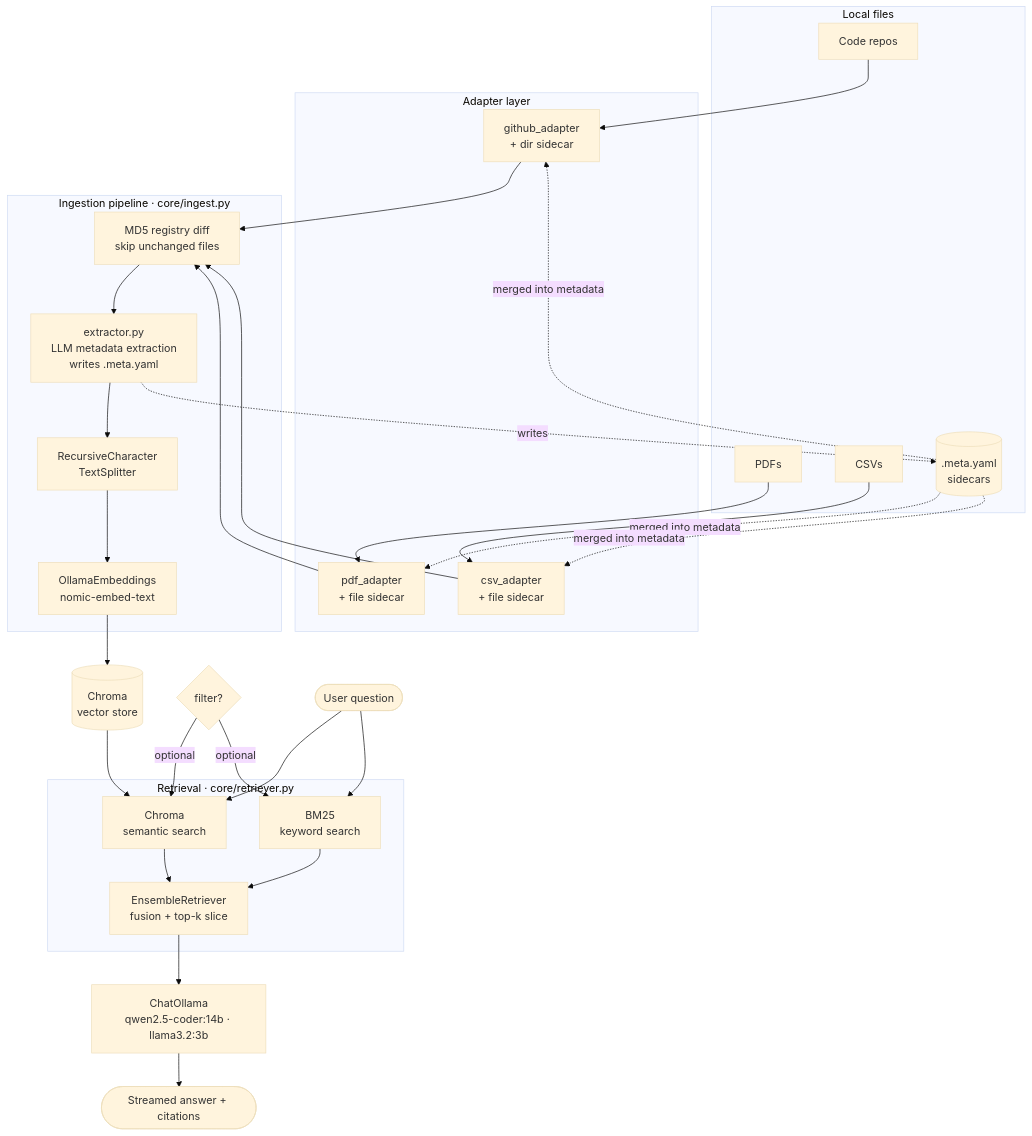
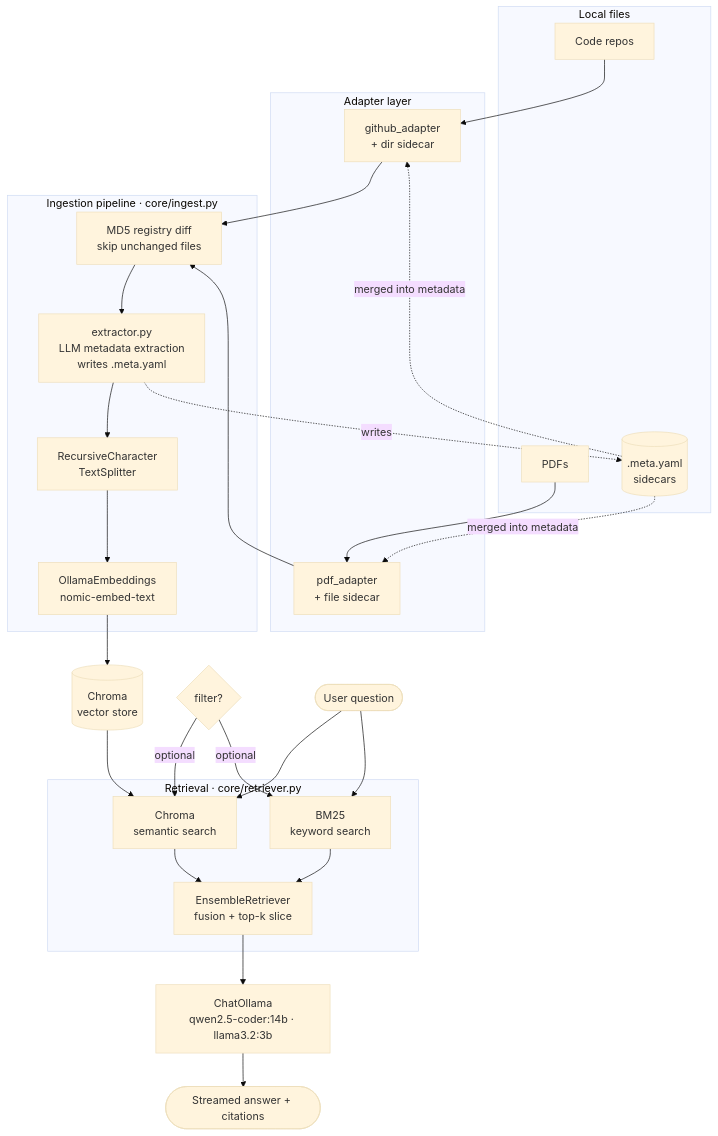
Before and after one commit to dneugebauer/locallang: the second of 2 diagrams in README.md, drawn with Mermaid (base theme). The commit also changed other lines of this file, not shown here.

Commit message:
docs: demote CSV to supplementary adapter — remove from architecture diagrams and overview

````diff
--- a/README.md
+++ b/README.md
@@ -191,43 +191,40 @@
 ```mermaid
 flowchart TD
     subgraph src ["Local files"]
         S1[Code repos]
         S2[PDFs]
-        S3[CSVs]
         M[(".meta.yaml\nsidecars")]
     end
 
     subgraph adapters ["Adapter layer"]
         A1[github_adapter\n+ dir sidecar]
         A2[pdf_adapter\n+ file sidecar]
-        A3[csv_adapter\n+ file sidecar]
     end
 
     subgraph ingest ["Ingestion pipeline · core/ingest.py"]
         I1[MD5 registry diff\nskip unchanged files]
         I2[extractor.py\nLLM metadata extraction\nwrites .meta.yaml]
         I3[RecursiveCharacter\nTextSplitter]
         I4[OllamaEmbeddings\nnomic-embed-text]
     end
 
     subgraph retrieval ["Retrieval · core/retriever.py"]
         R1[Chroma\nsemantic search]
         R2[BM25\nkeyword search]
         R3[EnsembleRetriever\nfusion + top-k slice]
     end
 
     S1 --> A1
     S2 --> A2
-    S3 --> A3
-    M -.->|merged into metadata| A1 & A2 & A3
+    M -.->|merged into metadata| A1 & A2
 
-    A1 & A2 & A3 --> I1 --> I2 --> I3 --> I4 --> DB[(Chroma\nvector store)]
+    A1 & A2 --> I1 --> I2 --> I3 --> I4 --> DB[(Chroma\nvector store)]
     I2 -.->|writes| M
 
     F{filter?} -->|optional| R1 & R2
     DB --> R1
     Q([User question]) --> R1 & R2
     R1 & R2 --> R3
     R3 --> LLM[ChatOllama\nqwen2.5-coder:14b · llama3.2:3b]
     LLM --> ANS([Streamed answer + citations])
 ```
````
